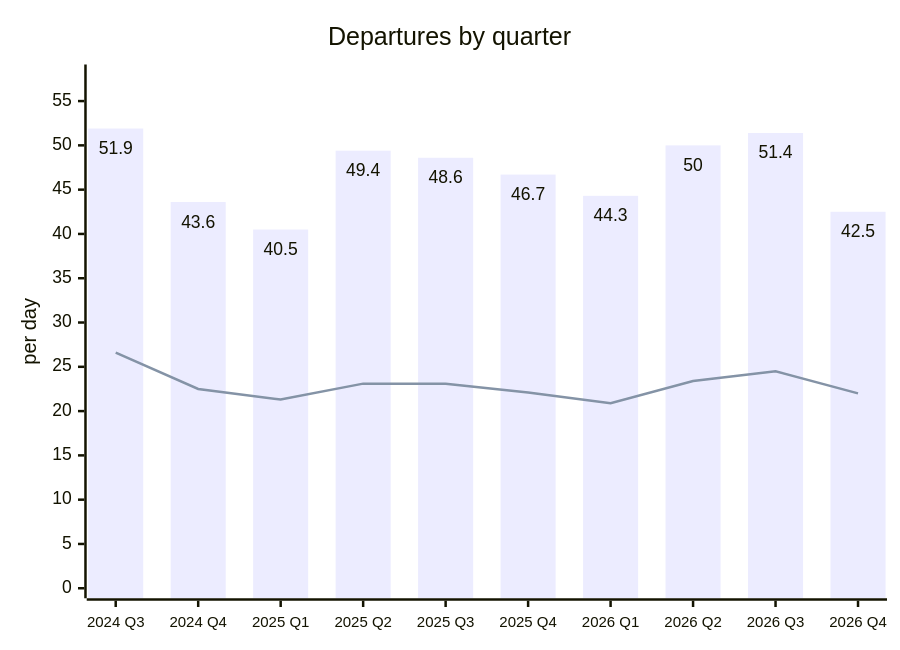
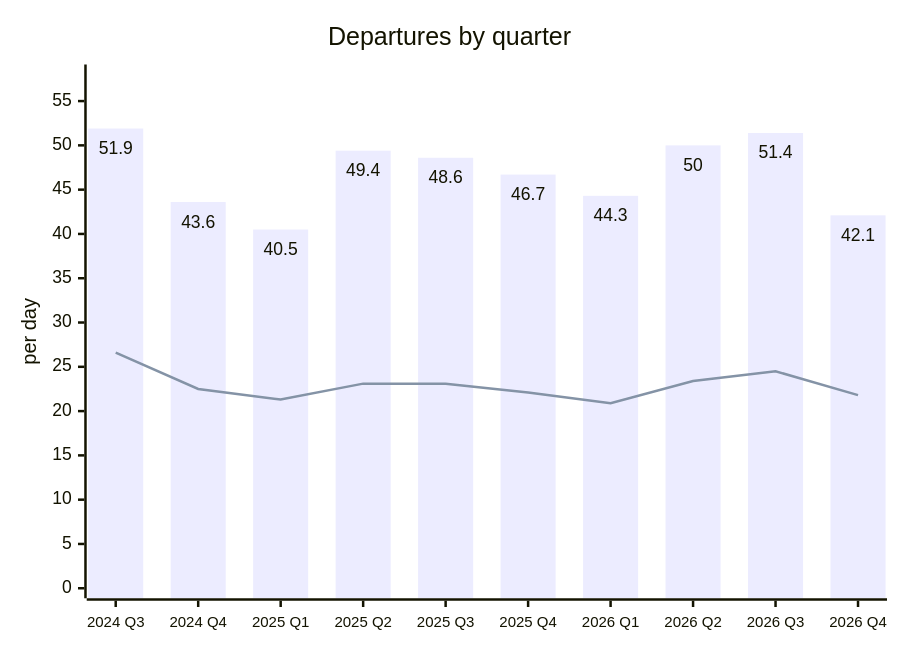
The second of 2 diagrams in README.md (rainermesi/tll-airport-departures), drawn with Mermaid before and after one commit. The commit also changed other lines of this file and 3 other files, not shown here.

````diff
--- a/README.md
+++ b/README.md
@@ -82,15 +82,15 @@
 ```mermaid
 ---
 config:
   xyChart:
     showDataLabel: true
     xAxis:
       labelFontSize: 12
 ---
 xychart-beta
     title "Departures by quarter"
     x-axis ["2024 Q3", "2024 Q4", "2025 Q1", "2025 Q2", "2025 Q3", "2025 Q4", "2026 Q1", "2026 Q2", "2026 Q3", "2026 Q4"]
     y-axis "per day" 0 --> 58
-    bar [51.9, 43.6, 40.5, 49.4, 48.6, 46.7, 44.3, 50.0, 51.4, 42.5]
-    line [26.6, 22.5, 21.3, 23.1, 23.1, 22.1, 20.9, 23.4, 24.5, 22.0]
+    bar [51.9, 43.6, 40.5, 49.4, 48.6, 46.7, 44.3, 50.0, 51.4, 42.1]
+    line [26.6, 22.5, 21.3, 23.1, 23.1, 22.1, 20.9, 23.4, 24.5, 21.8]
 ```
````
